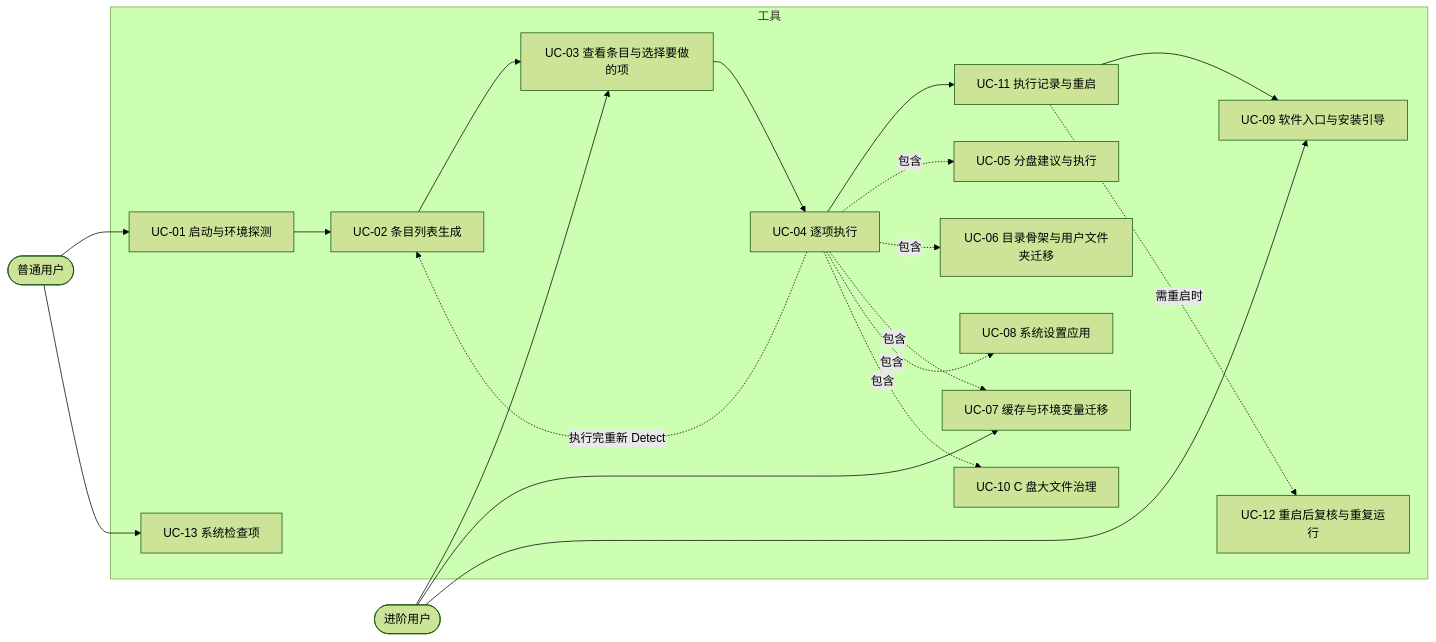
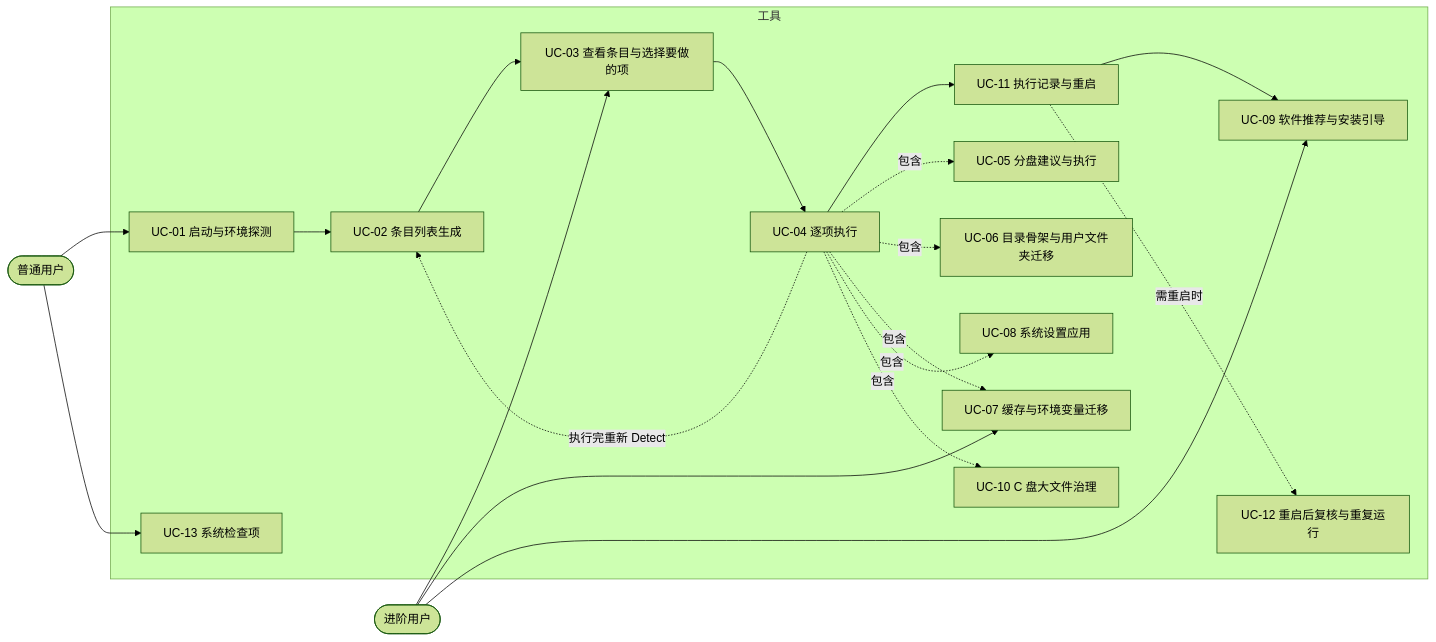
Before and after one commit to CookPiu/WinHomestead: the first of 8 diagrams in docs/02-用例与用户流程.md, drawn with Mermaid (forest theme). The commit also changed other lines of this file and 17 other files, not shown here.

````diff
--- a/docs/02-用例与用户流程.md
+++ b/docs/02-用例与用户流程.md
@@ -24,33 +24,33 @@
 ```mermaid
 flowchart LR
   U([普通用户])
   P([进阶用户])
   subgraph 工具
     UC01[UC-01 启动与环境探测]
     UC02[UC-02 条目列表生成]
     UC03[UC-03 查看条目与选择要做的项]
     UC04[UC-04 逐项执行]
     UC05[UC-05 分盘建议与执行]
     UC06[UC-06 目录骨架与用户文件夹迁移]
     UC07[UC-07 缓存与环境变量迁移]
     UC08[UC-08 系统设置应用]
-    UC09[UC-09 软件入口与安装引导]
+    UC09[UC-09 软件推荐与安装引导]
     UC10[UC-10 C 盘大文件治理]
     UC11[UC-11 执行记录与重启]
     UC12[UC-12 重启后复核与重复运行]
     UC13[UC-13 系统检查项]
   end
   U --> UC01 --> UC02 --> UC03 --> UC04 --> UC11
   UC04 -.执行完重新 Detect.-> UC02
   UC04 -.包含.-> UC05
   UC04 -.包含.-> UC06
   UC04 -.包含.-> UC07
   UC04 -.包含.-> UC08
   UC04 -.包含.-> UC10
   UC11 --> UC09
   UC11 -.需重启时.-> UC12
   U --> UC13
   P --> UC03
   P --> UC07
   P --> UC09
 ```
````
